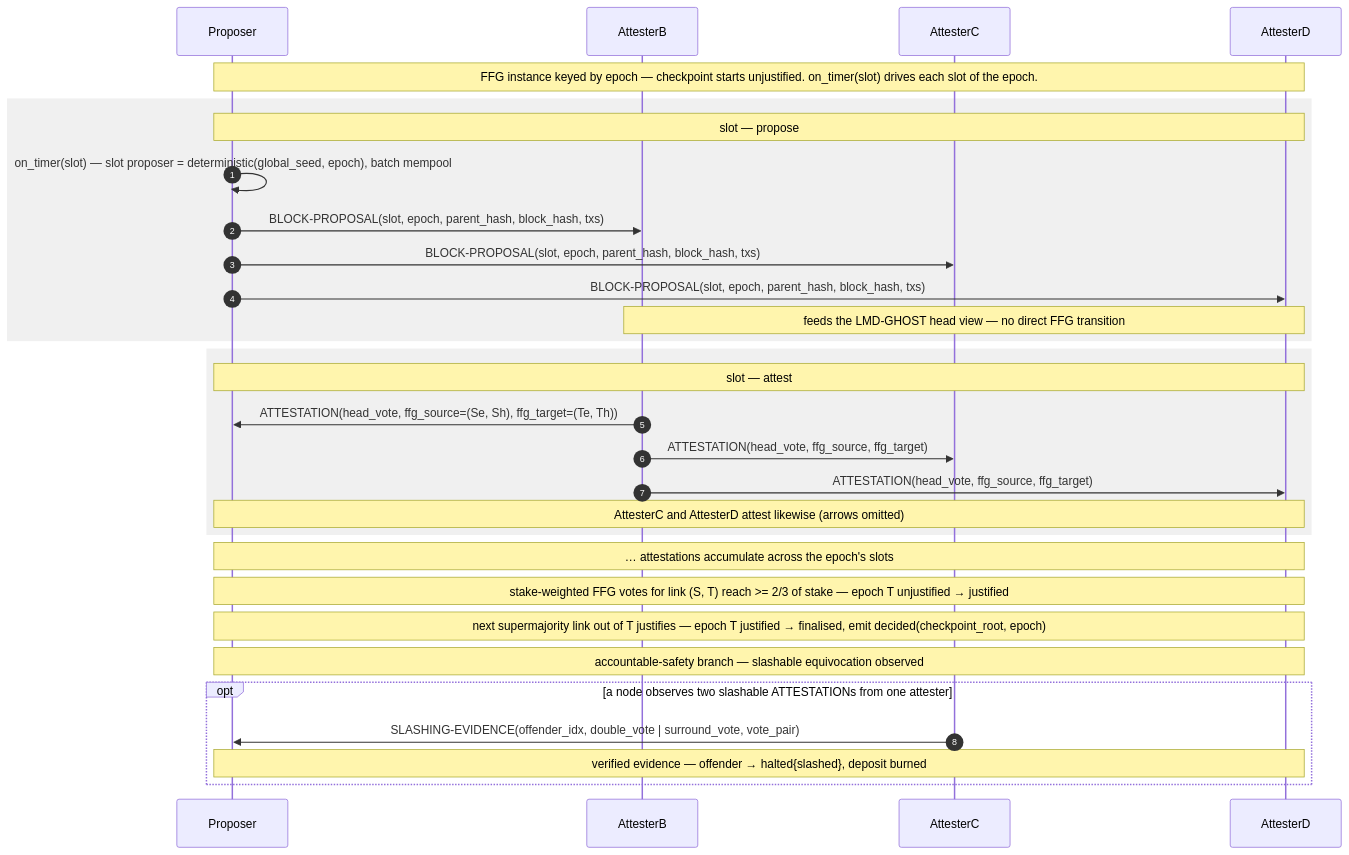
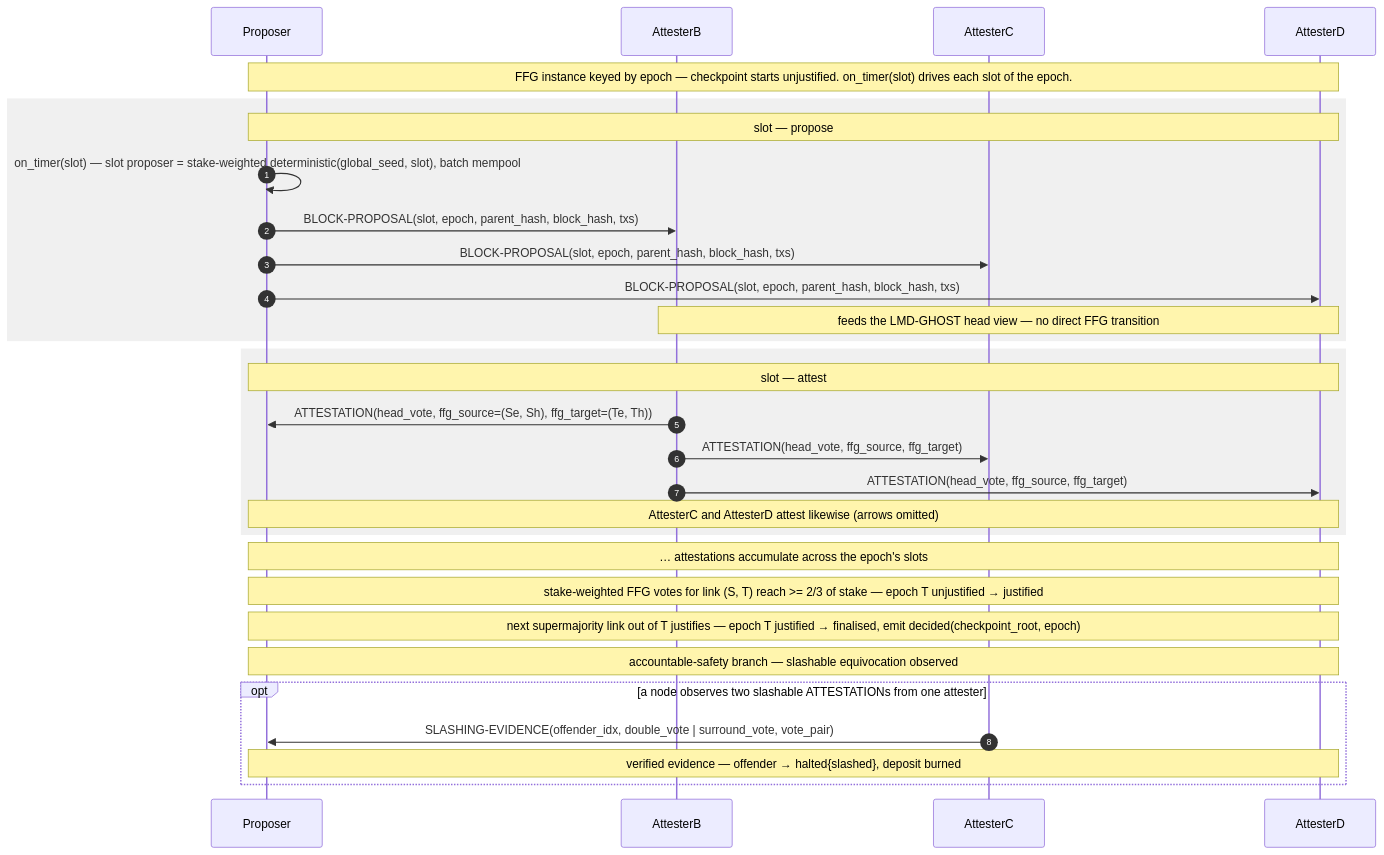
Before and after one commit to palhs/thesis: the diagram in wiki/diagrams/protocols/casper-ffg.md, drawn with Mermaid. The commit also changed other lines of this file and 7 other files, not shown here.

First line of the commit message:
wiki: correct and re-render PBFT, Casper FFG, Snowman protocol diagrams

````diff
--- a/wiki/diagrams/protocols/casper-ffg.md
+++ b/wiki/diagrams/protocols/casper-ffg.md
@@ -15,40 +15,40 @@
 ```mermaid
 %% Casper FFG — justify-then-finalise for one epoch (stake threshold >= 2/3)
 sequenceDiagram
     autonumber
     participant Proposer
     participant AttesterB
     participant AttesterC
     participant AttesterD
 
     Note over Proposer,AttesterD: FFG instance keyed by epoch — checkpoint starts unjustified. on_timer(slot) drives each slot of the epoch.
 
     rect rgb(240,240,240)
         Note over Proposer,AttesterD: slot — propose
-        Proposer->>Proposer: on_timer(slot) — slot proposer = deterministic(global_seed, epoch), batch mempool
+        Proposer->>Proposer: on_timer(slot) — slot proposer = stake-weighted deterministic(global_seed, slot), batch mempool
         Proposer->>AttesterB: BLOCK-PROPOSAL(slot, epoch, parent_hash, block_hash, txs)
         Proposer->>AttesterC: BLOCK-PROPOSAL(slot, epoch, parent_hash, block_hash, txs)
         Proposer->>AttesterD: BLOCK-PROPOSAL(slot, epoch, parent_hash, block_hash, txs)
         Note over AttesterB,AttesterD: feeds the LMD-GHOST head view — no direct FFG transition
     end
 
     rect rgb(240,240,240)
         Note over Proposer,AttesterD: slot — attest
         AttesterB->>Proposer: ATTESTATION(head_vote, ffg_source=(Se, Sh), ffg_target=(Te, Th))
         AttesterB->>AttesterC: ATTESTATION(head_vote, ffg_source, ffg_target)
         AttesterB->>AttesterD: ATTESTATION(head_vote, ffg_source, ffg_target)
         Note over Proposer,AttesterD: AttesterC and AttesterD attest likewise (arrows omitted)
     end
 
     Note over Proposer,AttesterD: … attestations accumulate across the epoch's slots
 
     Note over Proposer,AttesterD: stake-weighted FFG votes for link (S, T) reach >= 2/3 of stake — epoch T unjustified → justified
     Note over Proposer,AttesterD: next supermajority link out of T justifies — epoch T justified → finalised, emit decided(checkpoint_root, epoch)
 
     Note over Proposer,AttesterD: accountable-safety branch — slashable equivocation observed
 
     opt a node observes two slashable ATTESTATIONs from one attester
         AttesterC->>Proposer: SLASHING-EVIDENCE(offender_idx, double_vote | surround_vote, vote_pair)
         Note over Proposer,AttesterD: verified evidence — offender → halted{slashed}, deposit burned
     end
 ```
````
